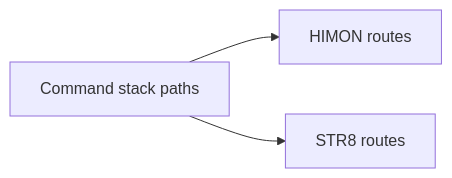
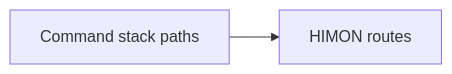
Before and after one commit to 95westus/R-YORS: the first of 2 diagrams in DOC/GENERATED/STACK_DEPTH_MAP.md, drawn with Mermaid. The commit also changed other lines of this file and 65 other files, not shown here.

````diff
--- a/DOC/GENERATED/STACK_DEPTH_MAP.md
+++ b/DOC/GENERATED/STACK_DEPTH_MAP.md
@@ -23,5 +23,4 @@
 ```mermaid
 flowchart LR
     COMMANDS["Command stack paths"] --> HSTACK["HIMON routes"]
-    COMMANDS --> SSTACK["STR8 routes"]
 ```
````
